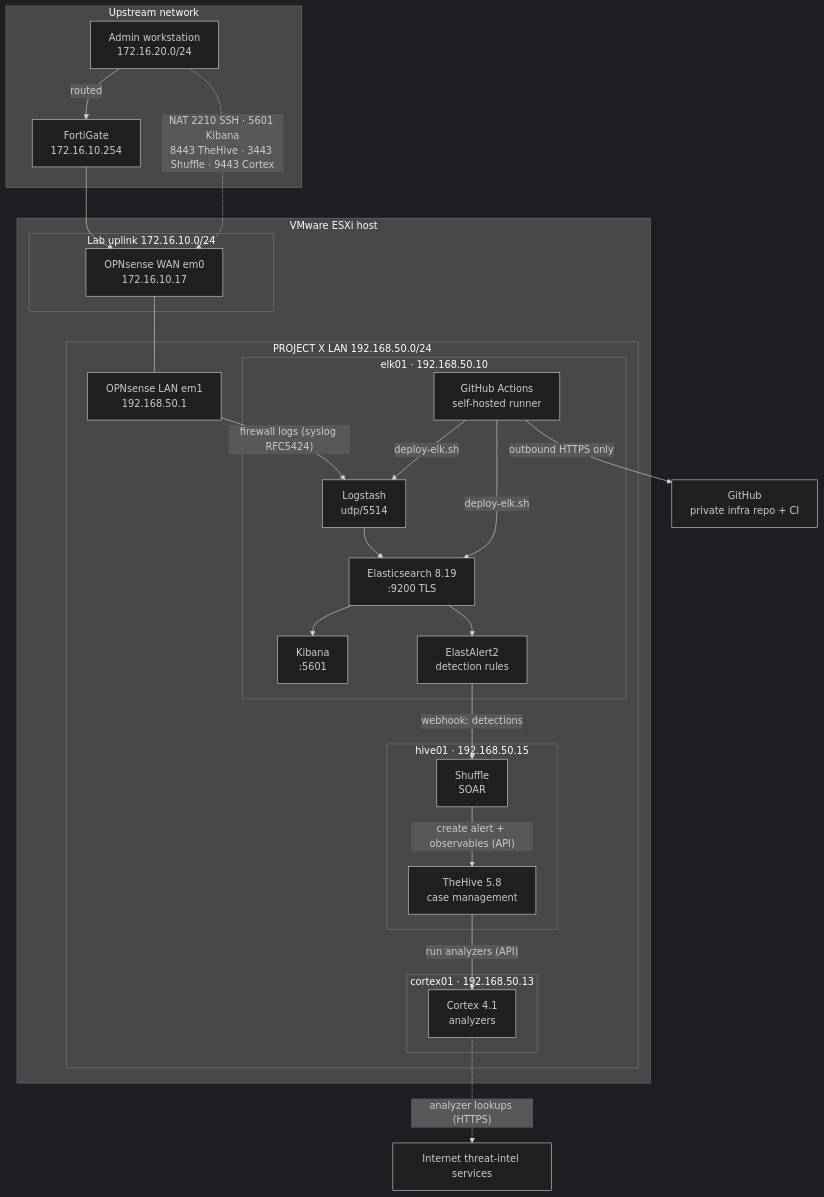
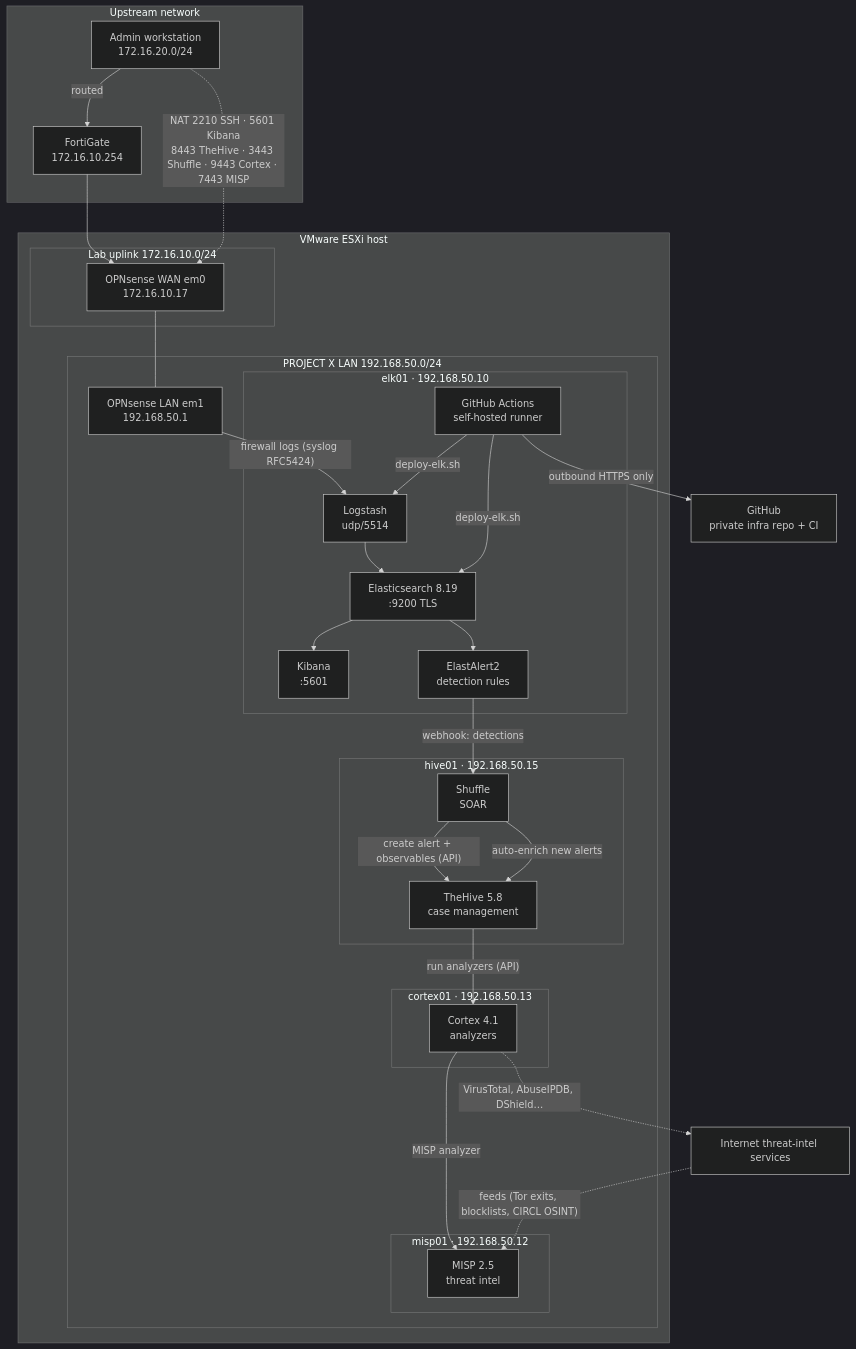
The diagram in README.md (PENDUSTAA/ProjectX-NextGen-SOC), drawn with Mermaid (dark theme) before and after one commit. The commit also changed other lines of this file and 6 other files, not shown here.

Commit message:
MISP threat intel, automatic enrichment, MITRE TTPs, attack simulator; diagram and docs

````diff
--- a/README.md
+++ b/README.md
@@ -9,44 +9,50 @@
 ```mermaid
 flowchart TB
     subgraph Upstream["Upstream network"]
         FGT["FortiGate<br/>172.16.10.254"]
         ADMIN["Admin workstation<br/>172.16.20.0/24"]
     end
 
     subgraph ESXi["VMware ESXi host"]
         subgraph Uplink["Lab uplink 172.16.10.0/24"]
             WAN["OPNsense WAN em0<br/>172.16.10.17"]
         end
         subgraph LAN["PROJECT X LAN 192.168.50.0/24"]
             OPNL["OPNsense LAN em1<br/>192.168.50.1"]
             subgraph ELK01["elk01 · 192.168.50.10"]
                 LS["Logstash<br/>udp/5514"]
                 ES["Elasticsearch 8.19<br/>:9200 TLS"]
                 KB["Kibana<br/>:5601"]
                 EA["ElastAlert2<br/>detection rules"]
                 RUN["GitHub Actions<br/>self-hosted runner"]
             end
             subgraph HIVE01["hive01 · 192.168.50.15"]
                 TH["TheHive 5.8<br/>case management"]
                 SH["Shuffle<br/>SOAR"]
             end
             subgraph CX01["cortex01 · 192.168.50.13"]
                 CX["Cortex 4.1<br/>analyzers"]
             end
+            subgraph MISP01["misp01 · 192.168.50.12"]
+                MI["MISP 2.5<br/>threat intel"]
+            end
         end
     end
 
     GH["GitHub<br/>private infra repo + CI"]
 
     ADMIN -- routed --> FGT --> WAN
     WAN --- OPNL
     OPNL -- "firewall logs (syslog RFC5424)" --> LS --> ES --> KB
-    ADMIN -. "NAT 2210 SSH · 5601 Kibana<br/>8443 TheHive · 3443 Shuffle · 9443 Cortex" .-> WAN
+    ADMIN -. "NAT 2210 SSH · 5601 Kibana<br/>8443 TheHive · 3443 Shuffle · 9443 Cortex · 7443 MISP" .-> WAN
     ES --> EA -- "webhook: detections" --> SH
     SH -- "create alert + observables (API)" --> TH
     TH -- "run analyzers (API)" --> CX
-    CX -. "analyzer lookups (HTTPS)" .-> NET["Internet threat-intel services"]
+    CX -- "MISP analyzer" --> MI
+    CX -. "VirusTotal, AbuseIPDB, DShield…" .-> NET["Internet threat-intel services"]
+    NET -. "feeds (Tor exits, blocklists, CIRCL OSINT)" .-> MI
+    SH -- "auto-enrich new alerts" --> TH
     RUN -- "outbound HTTPS only" --> GH
     RUN -- "deploy-elk.sh" --> LS
     RUN -- "deploy-elk.sh" --> ES
 ```
````
